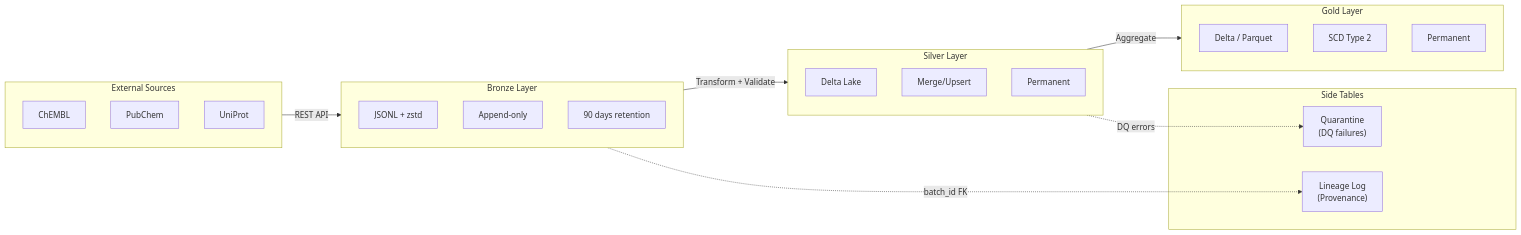
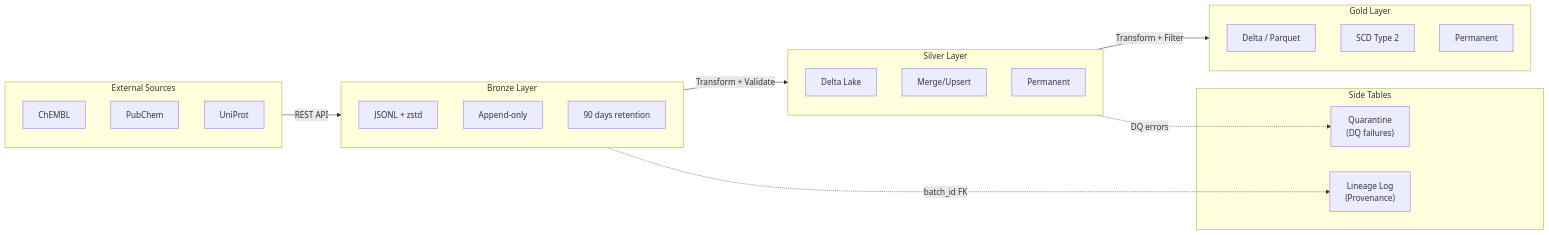
The first of 3 diagrams in docs/02-architecture/data-flow.md (SatoryKono/BioactivityDataAcquisition), drawn with Mermaid before and after one commit. The commit also changed other lines of this file and 9 other files, not shown here.

````diff
--- a/docs/02-architecture/data-flow.md
+++ b/docs/02-architecture/data-flow.md
@@ -13,40 +13,40 @@
 ```mermaid
 flowchart LR
   subgraph Sources["External Sources"]
     SRC1["ChEMBL"]
     SRC2["PubChem"]
     SRC3["UniProt"]
   end
 
   subgraph Bronze["Bronze Layer"]
     direction TB
     B1["JSONL + zstd"]
     B2["Append-only"]
     B3["90 days retention"]
   end
 
   subgraph Silver["Silver Layer"]
     direction TB
     S1["Delta Lake"]
     S2["Merge/Upsert"]
     S3["Permanent"]
   end
 
   subgraph Gold["Gold Layer"]
     direction TB
     G1["Delta / Parquet"]
     G2["SCD Type 2"]
     G3["Permanent"]
   end
 
   subgraph Side["Side Tables"]
     Q["Quarantine<br/>(DQ failures)"]
     L["Lineage Log<br/>(Provenance)"]
   end
 
   Sources -->|REST API| Bronze
   Bronze -->|Transform + Validate| Silver
-  Silver -->|Aggregate| Gold
+  Silver -->|Transform + Filter| Gold
   Silver -.->|DQ errors| Q
   Bronze -.->|batch_id FK| L
 ```
````
